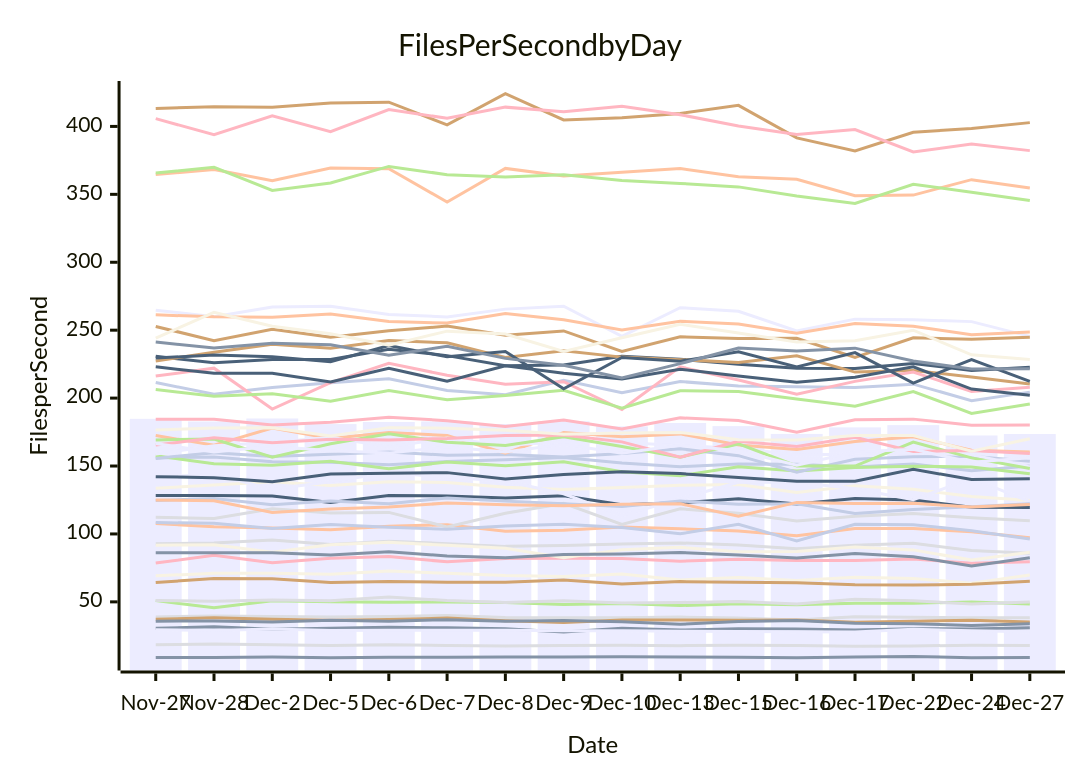
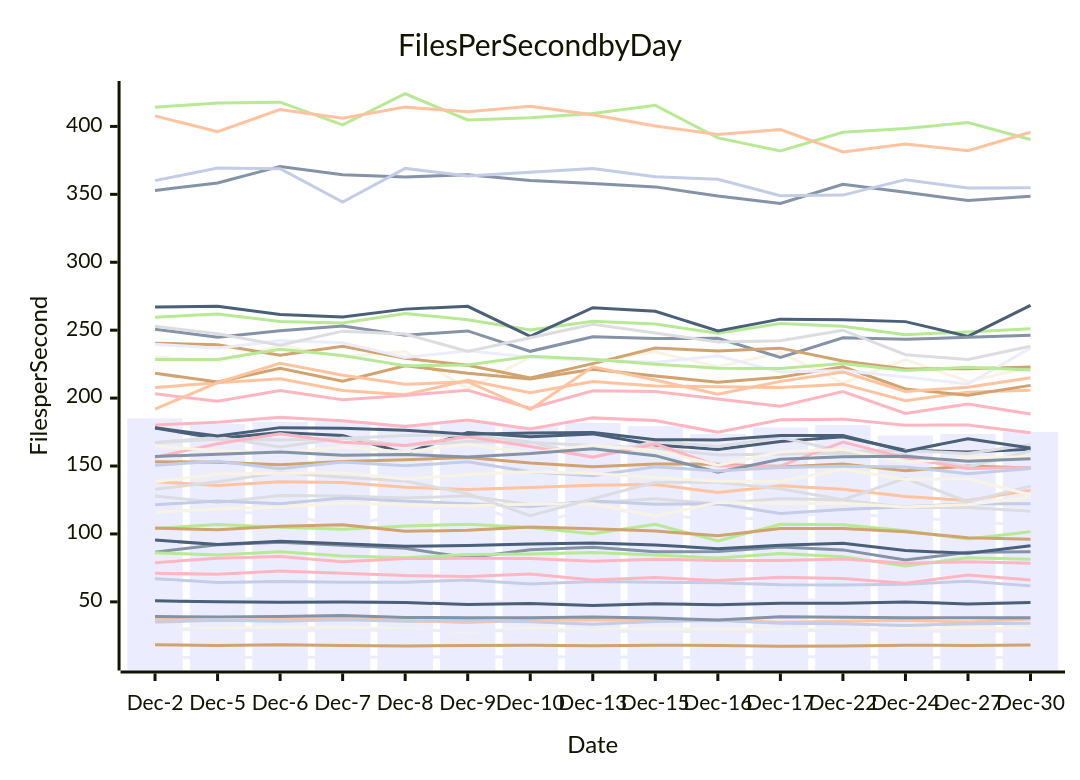
Before and after one commit to streetsidesoftware/cspell: the diagram in perf-report.md, drawn with Mermaid. The commit also changed other lines of this file and 1 other file, not shown here.

````diff
--- a/perf-report.md
+++ b/perf-report.md
@@ -10,57 +10,57 @@
 ```mermaid
 xychart-beta
     title Files Per Second by Day
     y-axis Files per Second
-    x-axis Date [Nov-27, Nov-28, Dec-2, Dec-5, Dec-6, Dec-7, Dec-8, Dec-9, Dec-10, Dec-13, Dec-15, Dec-16, Dec-17, Dec-22, Dec-24, Dec-27]
-    bar [184.75, 182.79, 184.99, 180.86, 182.42, 182.83, 180.95, 182.95, 179.19, 181.65, 179.36, 173.64, 178.43, 180.09, 172.48, 173.54]
-    line [9.05, 9.13, 9.38, 8.86, 9.19, 9.24, 9.33, 9.47, 9.61, 9.47, 9.27, 8.94, 9.45, 9.78, 8.90, 9.07]
-    line [107.62, 105.35, 104.37, 103.06, 105.64, 106.80, 101.95, 102.69, 105.10, 103.83, 102.19, 98.64, 104.01, 104.04, 101.53, 97.16]
-    line [112.25, 111.37, 118.51, 115.50, 115.87, 105.20, 115.20, 122.48, 107.06, 118.54, 115.18, 109.59, 113.00, 115.03, 111.88, 109.68]
-    line [50.94, 45.60, 50.75, 50.03, 49.80, 49.98, 49.59, 47.97, 48.84, 47.30, 48.59, 47.94, 49.07, 48.96, 49.98, 48.46]
-    line [413.25, 414.49, 414.13, 417.32, 417.87, 401.19, 424.05, 404.78, 406.35, 409.54, 415.50, 391.53, 381.89, 395.71, 398.52, 402.79]
-    line [155.95, 156.73, 153.23, 152.74, 150.88, 153.33, 154.58, 156.25, 152.15, 149.54, 151.43, 151.38, 149.35, 151.56, 146.50, 150.10]
-    line [184.50, 184.37, 180.13, 182.27, 185.97, 183.39, 179.18, 183.86, 177.29, 185.44, 183.45, 174.84, 184.02, 184.52, 180.06, 180.25]
-    line [128.38, 128.27, 127.96, 123.07, 128.36, 127.97, 126.37, 128.11, 121.50, 122.96, 125.85, 122.14, 126.07, 124.95, 119.60, 119.43]
-    line [69.18, 70.98, 71.07, 70.27, 72.65, 71.06, 69.32, 68.69, 70.43, 66.11, 67.91, 65.71, 68.06, 67.11, 63.78, 69.83]
-    line [264.70, 259.96, 267.12, 267.54, 261.60, 259.75, 265.50, 267.60, 245.47, 266.55, 263.96, 249.42, 258.13, 257.62, 256.30, 245.45]
-    line [30.58, 31.64, 29.90, 30.63, 31.36, 30.89, 30.17, 27.90, 30.55, 29.22, 30.21, 30.10, 29.27, 30.24, 30.04, 30.99]
-    line [364.55, 368.33, 360.08, 369.35, 368.90, 344.39, 369.08, 363.46, 366.29, 369.00, 363.03, 361.09, 348.96, 349.43, 360.81, 354.60]
-    line [38.93, 39.59, 39.21, 38.95, 39.16, 39.98, 38.54, 38.36, 38.36, 38.81, 38.12, 36.63, 38.97, 38.70, 38.32, 38.26]
-    line [157.58, 151.62, 150.61, 153.46, 148.08, 152.95, 150.14, 153.13, 145.78, 142.78, 149.53, 146.32, 148.93, 149.89, 149.32, 144.39]
-    line [37.13, 38.36, 37.28, 36.55, 36.94, 38.11, 36.16, 34.90, 36.59, 36.61, 36.51, 36.62, 35.07, 35.79, 36.55, 35.09]
-    line [155.60, 159.85, 157.03, 158.70, 160.32, 157.97, 158.53, 156.72, 159.18, 162.67, 157.64, 145.39, 155.01, 156.77, 157.19, 153.46]
-    line [78.64, 84.26, 78.88, 82.13, 83.39, 79.45, 81.95, 82.06, 81.96, 79.96, 81.37, 80.53, 80.51, 81.49, 78.49, 79.44]
-    line [230.78, 225.94, 228.40, 228.42, 235.98, 231.28, 223.81, 224.38, 230.73, 228.56, 225.00, 222.02, 221.71, 225.51, 220.33, 222.69]
-    line [133.61, 136.04, 138.47, 135.71, 138.36, 137.92, 134.36, 132.66, 134.27, 135.78, 136.38, 130.55, 135.39, 132.89, 127.54, 124.61]
-    line [141.79, 143.85, 132.83, 138.36, 145.16, 141.72, 138.92, 129.58, 113.42, 125.88, 138.00, 137.98, 133.31, 125.20, 140.89, 123.76]
-    line [35.82, 35.94, 35.10, 36.40, 35.75, 36.91, 35.78, 36.33, 35.41, 33.56, 35.56, 36.21, 34.19, 33.89, 32.69, 33.95]
-    line [261.27, 259.85, 259.59, 261.91, 256.38, 255.24, 262.31, 257.60, 250.13, 256.58, 254.55, 247.67, 254.88, 252.93, 246.70, 248.73]
-    line [92.74, 93.28, 95.50, 92.21, 94.67, 92.84, 90.85, 91.43, 92.60, 93.37, 91.85, 89.18, 91.59, 93.06, 87.76, 85.72]
-    line [365.67, 369.95, 352.91, 358.41, 370.56, 364.48, 362.78, 364.44, 360.18, 358.05, 355.49, 348.84, 343.31, 357.38, 351.53, 345.39]
-    line [227.35, 233.78, 239.72, 236.67, 242.41, 240.69, 229.87, 234.86, 230.17, 228.31, 226.27, 231.21, 219.13, 220.31, 215.56, 210.39]
-    line [211.52, 202.80, 207.87, 211.25, 214.29, 205.55, 202.50, 213.14, 203.97, 212.22, 208.88, 208.37, 207.77, 210.28, 198.12, 204.40]
-    line [216.21, 222.03, 191.91, 211.40, 225.62, 216.82, 210.15, 212.06, 191.55, 223.01, 213.39, 202.82, 212.32, 219.19, 204.86, 207.97]
-    line [223.01, 218.30, 218.24, 211.89, 221.99, 212.41, 223.76, 218.34, 214.11, 221.23, 216.34, 211.66, 215.40, 222.98, 206.68, 202.06]
-    line [91.62, 92.04, 86.62, 91.97, 93.82, 91.60, 89.44, 82.46, 88.30, 90.18, 86.83, 87.07, 90.37, 88.26, 80.81, 86.47]
-    line [29.42, 28.97, 30.07, 28.83, 29.04, 29.09, 29.10, 28.75, 28.65, 28.35, 28.26, 28.09, 27.81, 29.86, 28.77, 27.94]
-    line [86.09, 86.12, 86.10, 84.45, 86.85, 83.80, 82.54, 84.79, 85.17, 86.33, 84.51, 82.32, 85.67, 83.25, 76.44, 82.43]
-    line [172.41, 165.34, 178.00, 170.24, 174.62, 172.41, 159.51, 174.62, 171.51, 173.65, 165.49, 162.20, 168.07, 171.52, 161.55, 160.38]
-    line [18.41, 18.93, 18.48, 17.91, 18.52, 17.91, 17.46, 17.89, 18.13, 17.78, 18.13, 17.93, 17.37, 17.53, 18.08, 17.97]
-    line [206.29, 201.28, 203.16, 197.69, 205.56, 198.75, 201.98, 205.78, 192.58, 205.45, 204.82, 199.34, 194.10, 204.78, 188.75, 195.62]
-    line [252.77, 242.22, 250.75, 244.77, 249.57, 253.00, 246.33, 249.46, 234.43, 245.12, 243.88, 243.97, 230.01, 244.43, 243.32, 244.74]
-    line [124.58, 126.05, 121.44, 124.27, 122.27, 126.51, 124.16, 122.14, 120.17, 124.20, 121.82, 122.30, 114.99, 117.98, 119.98, 122.26]
-    line [405.72, 393.85, 407.78, 396.11, 412.42, 405.98, 414.20, 410.80, 414.80, 408.65, 400.36, 394.11, 397.72, 381.16, 387.10, 382.18]
-    line [229.52, 231.73, 230.37, 226.75, 238.77, 230.39, 234.25, 206.87, 229.87, 227.19, 234.07, 222.96, 233.49, 211.10, 228.39, 212.27]
-    line [244.22, 263.12, 252.89, 247.30, 238.91, 249.28, 247.23, 234.36, 244.44, 254.37, 247.88, 241.35, 242.19, 249.98, 231.90, 228.38]
-    line [158.91, 164.95, 167.24, 171.12, 163.98, 170.66, 165.03, 168.12, 167.40, 165.15, 163.12, 158.04, 158.90, 159.56, 158.26, 149.38]
-    line [241.24, 236.91, 240.36, 239.27, 231.52, 238.08, 229.24, 224.19, 214.79, 225.36, 236.86, 234.70, 236.77, 227.25, 221.39, 221.64]
-    line [125.05, 124.39, 115.88, 118.39, 119.81, 122.77, 121.45, 120.76, 121.79, 122.20, 112.97, 123.23, 122.39, 122.57, 119.82, 121.66]
-    line [50.94, 50.51, 51.36, 50.85, 53.51, 50.97, 49.51, 50.73, 49.15, 49.54, 50.29, 48.39, 51.90, 50.84, 48.41, 49.94]
-    line [169.17, 169.92, 156.42, 166.33, 173.70, 167.47, 165.08, 171.54, 164.38, 156.51, 166.27, 150.03, 149.99, 167.61, 155.99, 148.15]
-    line [64.17, 67.20, 67.10, 64.34, 65.01, 64.46, 64.51, 66.15, 63.18, 64.91, 64.35, 64.10, 62.51, 62.39, 63.01, 65.26]
-    line [108.35, 107.81, 104.02, 106.94, 104.99, 103.46, 105.91, 107.21, 104.66, 100.11, 107.13, 94.87, 107.05, 106.83, 102.33, 96.35]
-    line [165.40, 170.85, 167.09, 169.78, 169.21, 170.29, 172.44, 172.82, 167.78, 156.48, 168.20, 164.35, 171.17, 160.66, 161.47, 159.18]
-    line [142.17, 141.34, 138.40, 144.20, 144.71, 145.14, 140.38, 143.82, 145.78, 144.45, 141.51, 138.80, 138.75, 147.65, 140.01, 140.67]
-    line [176.49, 178.04, 178.10, 172.07, 178.26, 177.85, 176.41, 173.41, 174.24, 174.74, 169.36, 169.15, 172.44, 172.46, 160.97, 170.04]
-    line [166.53, 160.28, 164.60, 161.29, 159.50, 164.08, 160.40, 166.00, 159.37, 165.42, 161.29, 150.68, 160.30, 162.32, 152.82, 156.10]
+    x-axis Date [Dec-2, Dec-5, Dec-6, Dec-7, Dec-8, Dec-9, Dec-10, Dec-13, Dec-15, Dec-16, Dec-17, Dec-22, Dec-24, Dec-27, Dec-30]
+    bar [184.99, 180.86, 182.42, 182.83, 180.95, 182.95, 179.19, 181.65, 179.36, 173.64, 178.43, 180.09, 172.48, 173.54, 175.12]
+    line [86.62, 91.97, 93.82, 91.60, 89.44, 82.46, 88.30, 90.18, 86.83, 87.07, 90.37, 88.26, 80.81, 86.47, 86.83]
+    line [138.47, 135.71, 138.36, 137.92, 134.36, 132.66, 134.27, 135.78, 136.38, 130.55, 135.39, 132.89, 127.54, 124.61, 132.25]
+    line [127.96, 123.07, 128.36, 127.97, 126.37, 128.11, 121.50, 122.96, 125.85, 122.14, 126.07, 124.95, 119.60, 119.43, 116.73]
+    line [414.13, 417.32, 417.87, 401.19, 424.05, 404.78, 406.35, 409.54, 415.50, 391.53, 381.89, 395.71, 398.52, 402.79, 390.33]
+    line [153.23, 152.74, 150.88, 153.33, 154.58, 156.25, 152.15, 149.54, 151.43, 151.38, 149.35, 151.56, 146.50, 150.10, 148.48]
+    line [67.10, 64.34, 65.01, 64.46, 64.51, 66.15, 63.18, 64.91, 64.35, 64.10, 62.51, 62.39, 63.01, 65.26, 61.77]
+    line [180.13, 182.27, 185.97, 183.39, 179.18, 183.86, 177.29, 185.44, 183.45, 174.84, 184.02, 184.52, 180.06, 180.25, 174.42]
+    line [178.00, 170.24, 174.62, 172.41, 159.51, 174.62, 171.51, 173.65, 165.49, 162.20, 168.07, 171.52, 161.55, 160.38, 162.30]
+    line [230.37, 226.75, 238.77, 230.39, 234.25, 206.87, 229.87, 227.19, 234.07, 222.96, 233.49, 211.10, 228.39, 212.27, 222.87]
+    line [118.51, 115.50, 115.87, 105.20, 115.20, 122.48, 107.06, 118.54, 115.18, 109.59, 113.00, 115.03, 111.88, 109.68, 105.76]
+    line [352.91, 358.41, 370.56, 364.48, 362.78, 364.44, 360.18, 358.05, 355.49, 348.84, 343.31, 357.38, 351.53, 345.39, 348.62]
+    line [207.87, 211.25, 214.29, 205.55, 202.50, 213.14, 203.97, 212.22, 208.88, 208.37, 207.77, 210.28, 198.12, 204.40, 205.69]
+    line [167.24, 171.12, 163.98, 170.66, 165.03, 168.12, 167.40, 165.15, 163.12, 158.04, 158.90, 159.56, 158.26, 149.38, 161.01]
+    line [259.59, 261.91, 256.38, 255.24, 262.31, 257.60, 250.13, 256.58, 254.55, 247.67, 254.88, 252.93, 246.70, 248.73, 251.00]
+    line [218.24, 211.89, 221.99, 212.41, 223.76, 218.34, 214.11, 221.23, 216.34, 211.66, 215.40, 222.98, 206.68, 202.06, 209.38]
+    line [121.44, 124.27, 122.27, 126.51, 124.16, 122.14, 120.17, 124.20, 121.82, 122.30, 114.99, 117.98, 119.98, 122.26, 122.25]
+    line [203.16, 197.69, 205.56, 198.75, 201.98, 205.78, 192.58, 205.45, 204.82, 199.34, 194.10, 204.78, 188.75, 195.62, 188.33]
+    line [267.12, 267.54, 261.60, 259.75, 265.50, 267.60, 245.47, 266.55, 263.96, 249.42, 258.13, 257.62, 256.30, 245.45, 268.27]
+    line [115.88, 118.39, 119.81, 122.77, 121.45, 120.76, 121.79, 122.20, 112.97, 123.23, 122.39, 122.57, 119.82, 121.66, 126.95]
+    line [51.36, 50.85, 53.51, 50.97, 49.51, 50.73, 49.15, 49.54, 50.29, 48.39, 51.90, 50.84, 48.41, 49.94, 49.85]
+    line [250.75, 244.77, 249.57, 253.00, 246.33, 249.46, 234.43, 245.12, 243.88, 243.97, 230.01, 244.43, 243.32, 244.74, 246.31]
+    line [407.78, 396.11, 412.42, 405.98, 414.20, 410.80, 414.80, 408.65, 400.36, 394.11, 397.72, 381.16, 387.10, 382.18, 395.67]
+    line [167.09, 169.78, 169.21, 170.29, 172.44, 172.82, 167.78, 156.48, 168.20, 164.35, 171.17, 160.66, 161.47, 159.18, 165.78]
+    line [104.02, 106.94, 104.99, 103.46, 105.91, 107.21, 104.66, 100.11, 107.13, 94.87, 107.05, 106.83, 102.33, 96.35, 101.63]
+    line [240.36, 239.27, 231.52, 238.08, 229.24, 224.19, 214.79, 225.36, 236.86, 234.70, 236.77, 227.25, 221.39, 221.64, 222.82]
+    line [360.08, 369.35, 368.90, 344.39, 369.08, 363.46, 366.29, 369.00, 363.03, 361.09, 348.96, 349.43, 360.81, 354.60, 354.80]
+    line [156.42, 166.33, 173.70, 167.47, 165.08, 171.54, 164.38, 156.51, 166.27, 150.03, 149.99, 167.61, 155.99, 148.15, 148.96]
+    line [178.10, 172.07, 178.26, 177.85, 176.41, 173.41, 174.24, 174.74, 169.36, 169.15, 172.44, 172.46, 160.97, 170.04, 163.31]
+    line [164.60, 161.29, 159.50, 164.08, 160.40, 166.00, 159.37, 165.42, 161.29, 150.68, 160.30, 162.32, 152.82, 156.10, 156.76]
+    line [9.38, 8.86, 9.19, 9.24, 9.33, 9.47, 9.61, 9.47, 9.27, 8.94, 9.45, 9.78, 8.90, 9.07, 9.03]
+    line [157.03, 158.70, 160.32, 157.97, 158.53, 156.72, 159.18, 162.67, 157.64, 145.39, 155.01, 156.77, 157.19, 153.46, 155.29]
+    line [37.28, 36.55, 36.94, 38.11, 36.16, 34.90, 36.59, 36.61, 36.51, 36.62, 35.07, 35.79, 36.55, 35.09, 37.40]
+    line [132.83, 138.36, 145.16, 141.72, 138.92, 129.58, 113.42, 125.88, 138.00, 137.98, 133.31, 125.20, 140.89, 123.76, 135.17]
+    line [86.10, 84.45, 86.85, 83.80, 82.54, 84.79, 85.17, 86.33, 84.51, 82.32, 85.67, 83.25, 76.44, 82.43, 81.29]
+    line [18.48, 17.91, 18.52, 17.91, 17.46, 17.89, 18.13, 17.78, 18.13, 17.93, 17.37, 17.53, 18.08, 17.97, 18.19]
+    line [35.10, 36.40, 35.75, 36.91, 35.78, 36.33, 35.41, 33.56, 35.56, 36.21, 34.19, 33.89, 32.69, 33.95, 34.26]
+    line [78.88, 82.13, 83.39, 79.45, 81.95, 82.06, 81.96, 79.96, 81.37, 80.53, 80.51, 81.49, 78.49, 79.44, 78.39]
+    line [95.50, 92.21, 94.67, 92.84, 90.85, 91.43, 92.60, 93.37, 91.85, 89.18, 91.59, 93.06, 87.76, 85.72, 91.35]
+    line [29.90, 30.63, 31.36, 30.89, 30.17, 27.90, 30.55, 29.22, 30.21, 30.10, 29.27, 30.24, 30.04, 30.99, 30.22]
+    line [239.72, 236.67, 242.41, 240.69, 229.87, 234.86, 230.17, 228.31, 226.27, 231.21, 219.13, 220.31, 215.56, 210.39, 236.86]
+    line [39.21, 38.95, 39.16, 39.98, 38.54, 38.36, 38.36, 38.81, 38.12, 36.63, 38.97, 38.70, 38.32, 38.26, 38.32]
+    line [191.91, 211.40, 225.62, 216.82, 210.15, 212.06, 191.55, 223.01, 213.39, 202.82, 212.32, 219.19, 204.86, 207.97, 215.01]
+    line [252.89, 247.30, 238.91, 249.28, 247.23, 234.36, 244.44, 254.37, 247.88, 241.35, 242.19, 249.98, 231.90, 228.38, 238.17]
+    line [228.40, 228.42, 235.98, 231.28, 223.81, 224.38, 230.73, 228.56, 225.00, 222.02, 221.71, 225.51, 220.33, 222.69, 220.76]
+    line [104.37, 103.06, 105.64, 106.80, 101.95, 102.69, 105.10, 103.83, 102.19, 98.64, 104.01, 104.04, 101.53, 97.16, 96.04]
+    line [150.61, 153.46, 148.08, 152.95, 150.14, 153.13, 145.78, 142.78, 149.53, 146.32, 148.93, 149.89, 149.32, 144.39, 148.23]
+    line [71.07, 70.27, 72.65, 71.06, 69.32, 68.69, 70.43, 66.11, 67.91, 65.71, 68.06, 67.11, 63.78, 69.83, 66.15]
+    line [50.75, 50.03, 49.80, 49.98, 49.59, 47.97, 48.84, 47.30, 48.59, 47.94, 49.07, 48.96, 49.98, 48.46, 49.55]
+    line [138.40, 144.20, 144.71, 145.14, 140.38, 143.82, 145.78, 144.45, 141.51, 138.80, 138.75, 147.65, 140.01, 140.67, 128.82]
+    line [30.07, 28.83, 29.04, 29.09, 29.10, 28.75, 28.65, 28.35, 28.26, 28.09, 27.81, 29.86, 28.77, 27.94, 28.78]
 ```
````
